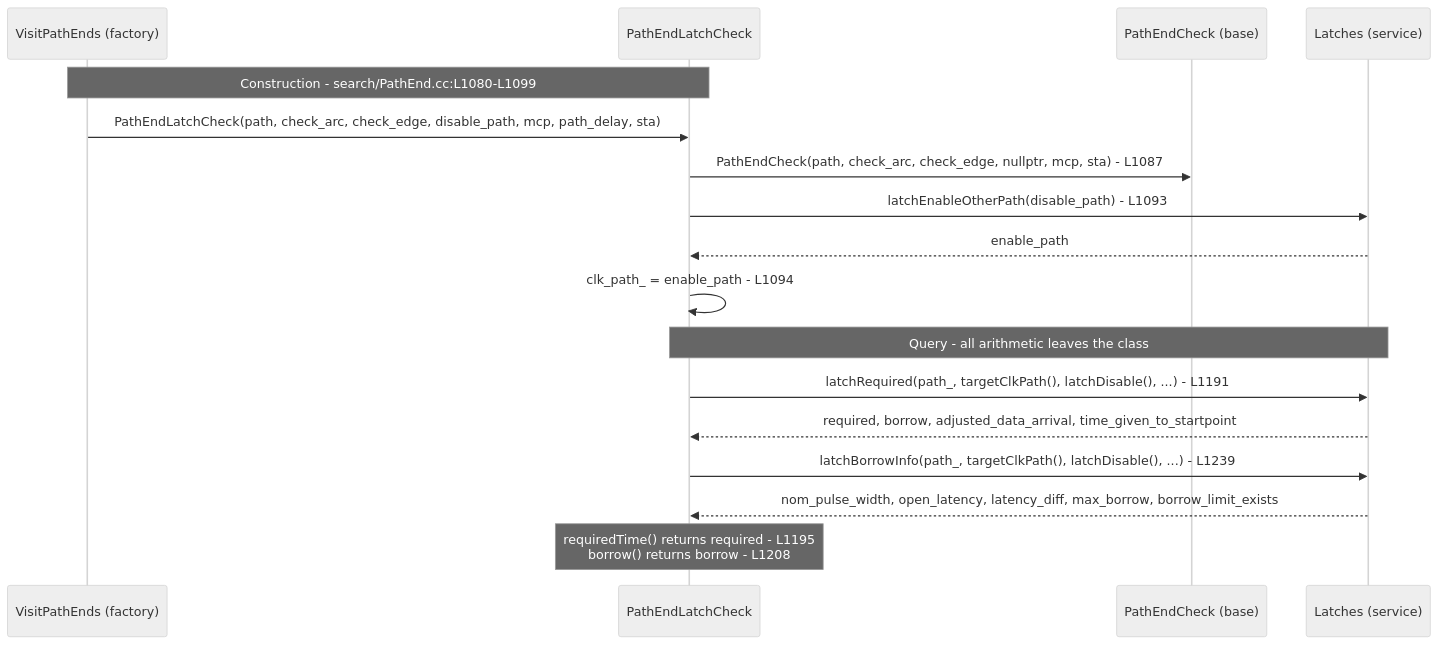
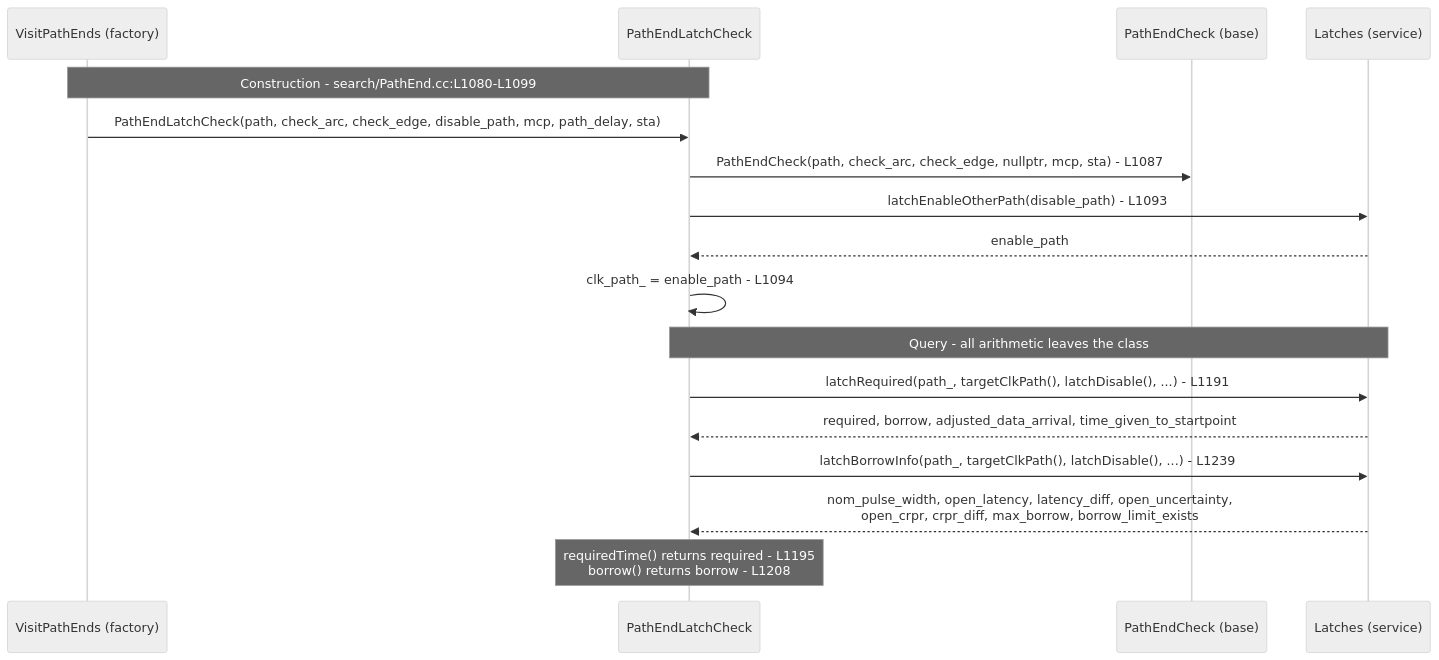
The third of 4 diagrams in search/PathEnd.md (blitzy-research/OpenSTA), drawn with Mermaid (neutral theme) before and after one commit. The commit also changed other lines of this file and 1 other file, not shown here.

````diff
--- a/search/PathEnd.md
+++ b/search/PathEnd.md
@@ -977,19 +978,19 @@
 ```mermaid
 sequenceDiagram
     participant F as VisitPathEnds (factory)
     participant L as PathEndLatchCheck
     participant B as PathEndCheck (base)
     participant S as Latches (service)
     Note over F,L: Construction - search/PathEnd.cc:L1080-L1099
     F->>L: PathEndLatchCheck(path, check_arc, check_edge, disable_path, mcp, path_delay, sta)
     L->>B: PathEndCheck(path, check_arc, check_edge, nullptr, mcp, sta) - L1087
     L->>S: latchEnableOtherPath(disable_path) - L1093
     S-->>L: enable_path
     L->>L: clk_path_ = enable_path - L1094
     Note over L,S: Query - all arithmetic leaves the class
     L->>S: latchRequired(path_, targetClkPath(), latchDisable(), ...) - L1191
     S-->>L: required, borrow, adjusted_data_arrival, time_given_to_startpoint
     L->>S: latchBorrowInfo(path_, targetClkPath(), latchDisable(), ...) - L1239
-    S-->>L: nom_pulse_width, open_latency, latency_diff, max_borrow, borrow_limit_exists
+    S-->>L: nom_pulse_width, open_latency, latency_diff, open_uncertainty,<br/>open_crpr, crpr_diff, max_borrow, borrow_limit_exists
     Note over L: requiredTime() returns required - L1195<br/>borrow() returns borrow - L1208
 ```
````
